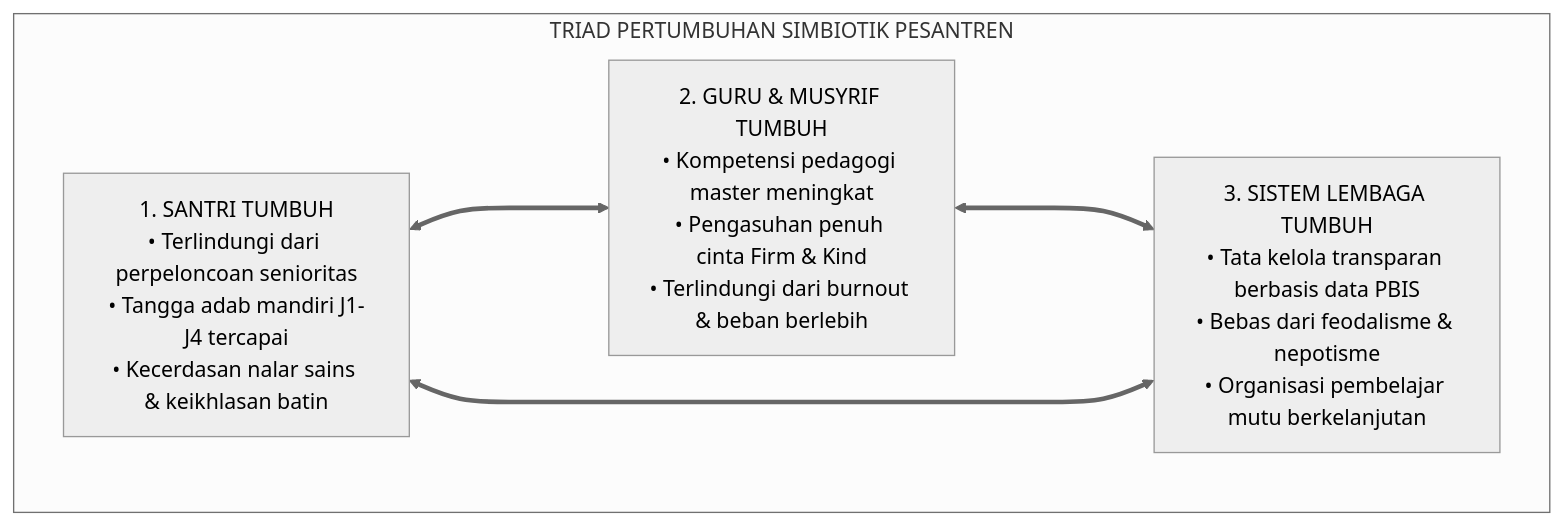
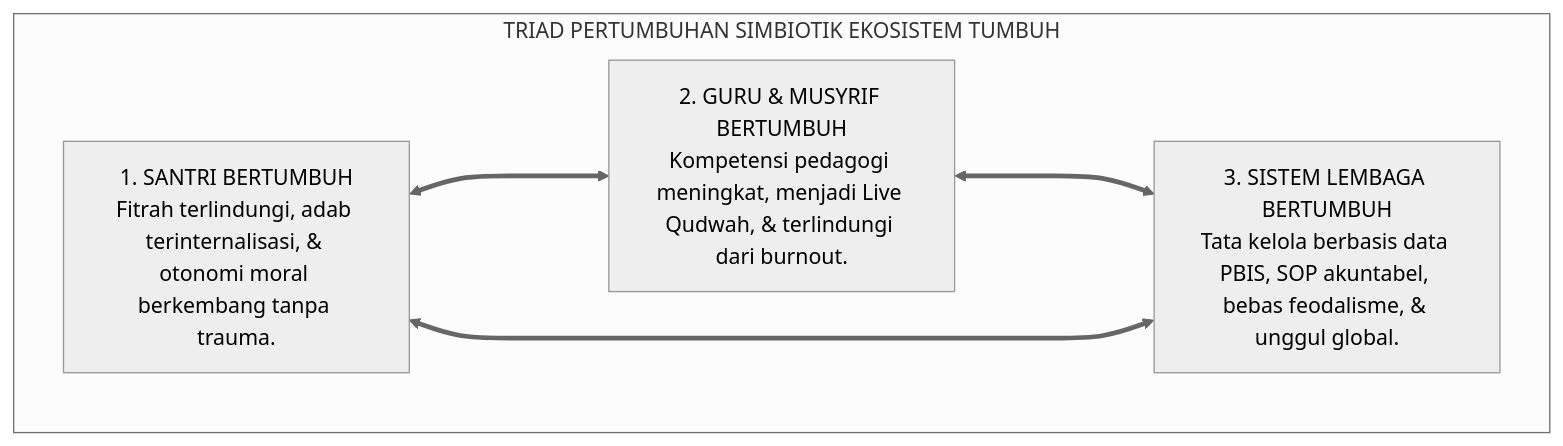
Before and after one commit to wandiapriliyandi/tumbuh: the second of 4 diagrams in 01 Philosophy/01 Worldview/P1-01-Worldview-TUMBUH.md, drawn with Mermaid (neutral theme). The commit also changed other lines of this file and 9 other files, not shown here.

Commit message:
docs(epistemology & human-nature): reconstruct all 02 Epistemologi TUMBUH, master P1-01 Worldview, and P1-02-01 Hakikat Fitrah to pure academic monograph standard

````diff
--- a/01 Philosophy/01 Worldview/P1-01-Worldview-TUMBUH.md
+++ b/01 Philosophy/01 Worldview/P1-01-Worldview-TUMBUH.md
@@ -96,14 +94,12 @@
 ```mermaid
-graph TD
-    subgraph TriadPertumbuhanTUMBUH["TRIAD PERTUMBUHAN SIMBIOTIK PESANTREN"]
-        S["1. SANTRI TUMBUH<br/>• Terlindungi dari perpeloncoan senioritas<br/>• Tangga adab mandiri J1-J4 tercapai<br/>• Kecerdasan nalar sains & keikhlasan batin"]
+flowchart TD
+    subgraph TriadPertumbuhan["TRIAD PERTUMBUHAN SIMBIOTIK EKOSISTEM TUMBUH"]
+        Santri["1. SANTRI BERTUMBUH<br/>Fitrah terlindungi, adab terinternalisasi, & otonomi moral berkembang tanpa trauma."]
+        Guru["2. GURU & MUSYRIF BERTUMBUH<br/>Kompetensi pedagogi meningkat, menjadi Live Qudwah, & terlindungi dari burnout."]
+        Lembaga["3. SISTEM LEMBAGA BERTUMBUH<br/>Tata kelola berbasis data PBIS, SOP akuntabel, bebas feodalisme, & unggul global."]
         
-        G["2. GURU & MUSYRIF TUMBUH<br/>• Kompetensi pedagogi master meningkat<br/>• Pengasuhan penuh cinta Firm & Kind<br/>• Terlindungi dari burnout & beban berlebih"]
-        
-        L["3. SISTEM LEMBAGA TUMBUH<br/>• Tata kelola transparan berbasis data PBIS<br/>• Bebas dari feodalisme & nepotisme<br/>• Organisasi pembelajar mutu berkelanjutan"]
-        
-        S <===> G
-        G <===> L
-        L <===> S
+        Santri <===> Guru
+        Guru <===> Lembaga
+        Lembaga <===> Santri
     end
 ```
````
